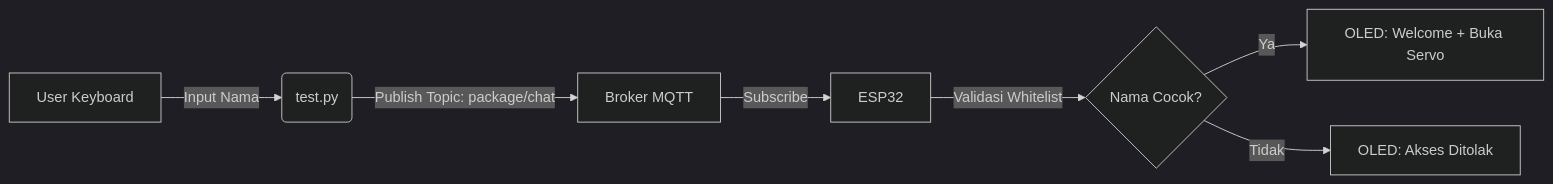
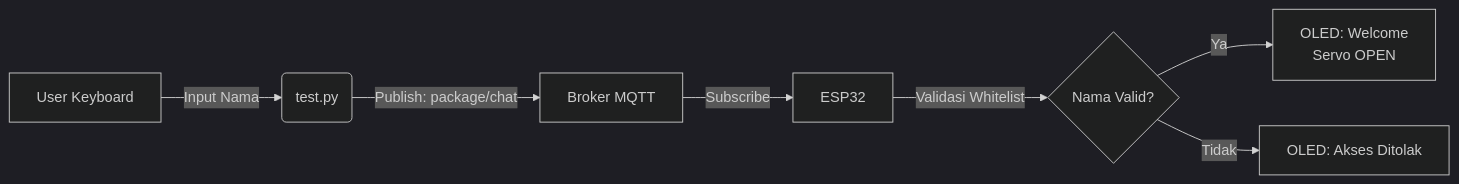
Before and after one commit to ficrammanifur/SmartPackageBox: the first of 3 diagrams in test/README.md, drawn with Mermaid (dark theme). The commit also changed other lines of this file, not shown here.

````diff
--- a/test/README.md
+++ b/test/README.md
@@ -13,9 +53,9 @@
 ```mermaid
 graph LR
     A[User Keyboard] -->|Input Nama| B(test.py)
-    B -->|Publish Topic: package/chat| C[Broker MQTT]
+    B -->|Publish: package/chat| C[Broker MQTT]
     C -->|Subscribe| D[ESP32]
-    D -->|Validasi Whitelist| E{Nama Cocok?}
-    E -->|Ya| F[OLED: Welcome + Buka Servo]
+    D -->|Validasi Whitelist| E{Nama Valid?}
+    E -->|Ya| F[OLED: Welcome<br/>Servo OPEN]
     E -->|Tidak| G[OLED: Akses Ditolak]
 ```
````
